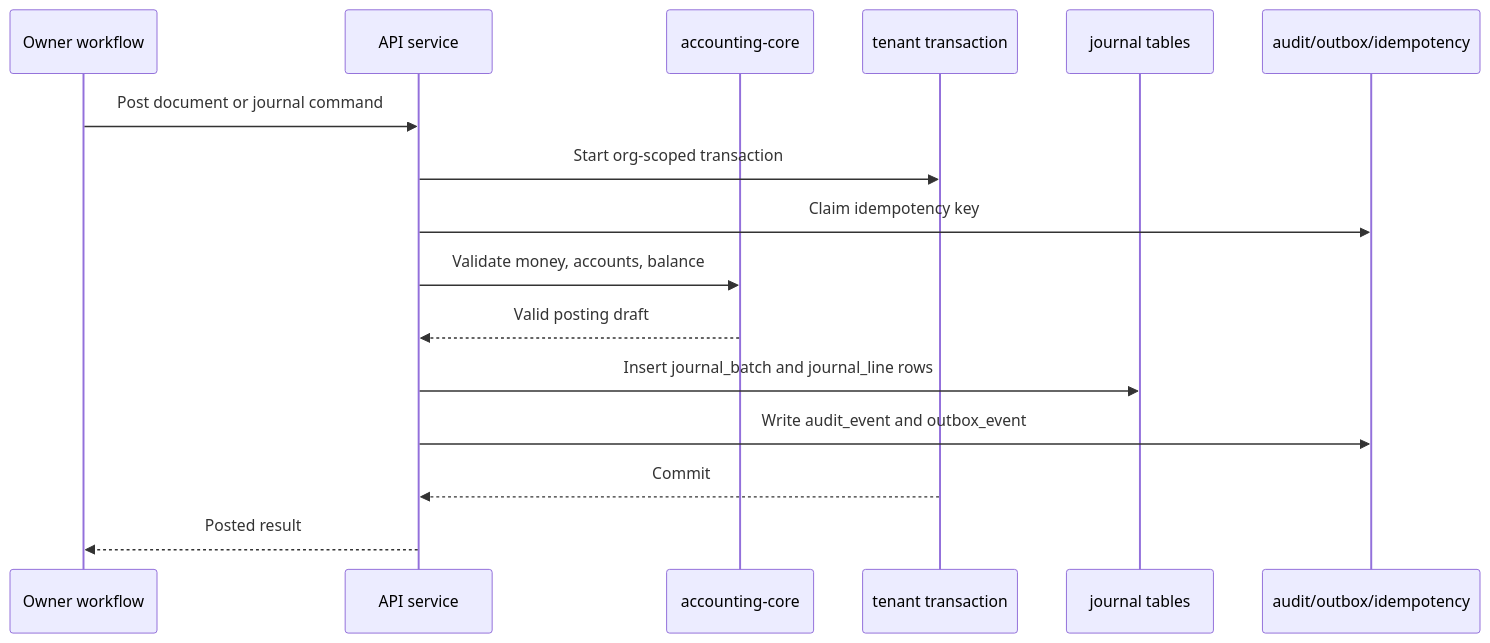
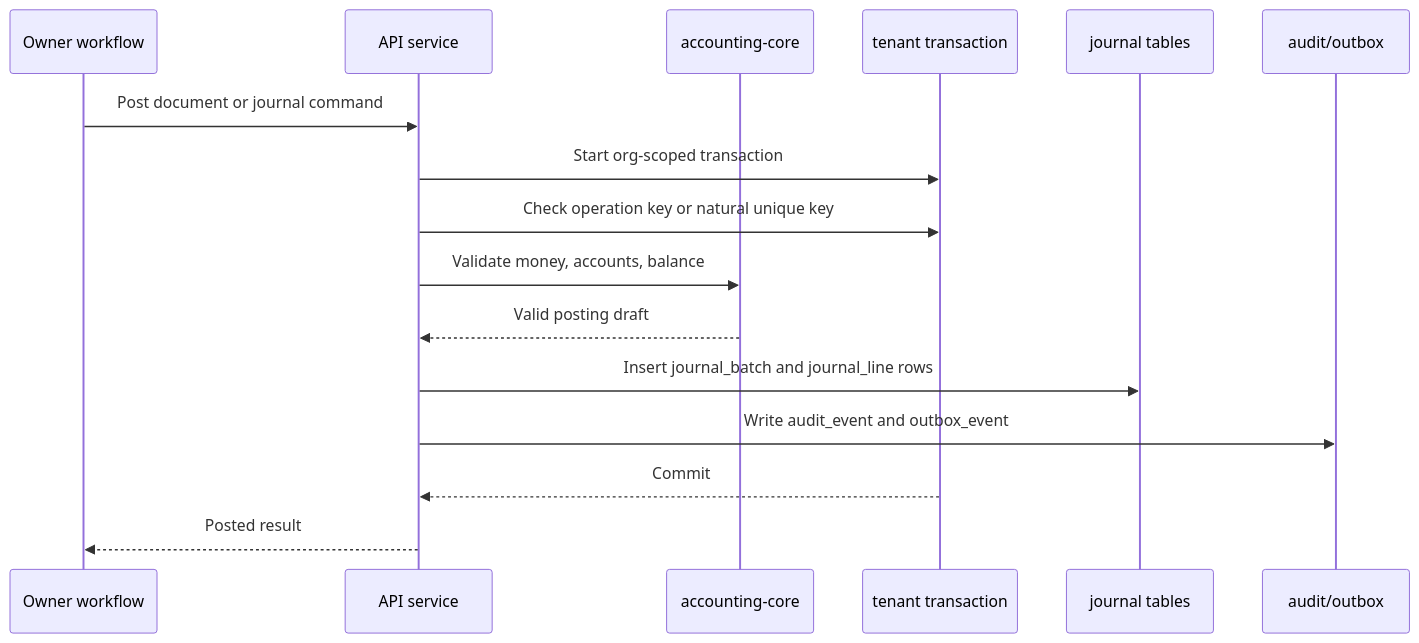
Before and after one commit to isherbuilds/edernal-books: the second of 3 diagrams in docs/superpowers/specs/2026-06-16-ai-native-accounting-foundation-design.md, drawn with Mermaid. The commit also changed other lines of this file and 35 other files, not shown here.

````diff
--- a/docs/superpowers/specs/2026-06-16-ai-native-accounting-foundation-design.md
+++ b/docs/superpowers/specs/2026-06-16-ai-native-accounting-foundation-design.md
@@ -87,19 +87,19 @@
 ```mermaid
 sequenceDiagram
   participant UI as Owner workflow
   participant API as API service
   participant Core as accounting-core
   participant DB as tenant transaction
   participant Ledger as journal tables
-  participant Audit as audit/outbox/idempotency
+  participant Audit as audit/outbox
 
   UI->>API: Post document or journal command
   API->>DB: Start org-scoped transaction
-  API->>Audit: Claim idempotency key
+  API->>DB: Check operation key or natural unique key
   API->>Core: Validate money, accounts, balance
   Core-->>API: Valid posting draft
   API->>Ledger: Insert journal_batch and journal_line rows
   API->>Audit: Write audit_event and outbox_event
   DB-->>API: Commit
   API-->>UI: Posted result
 ```
````
